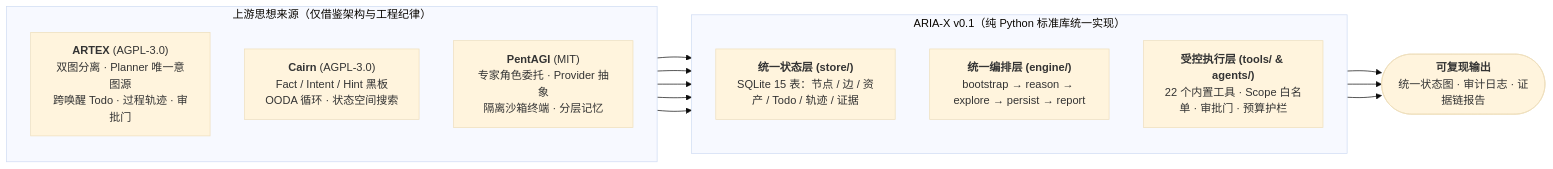
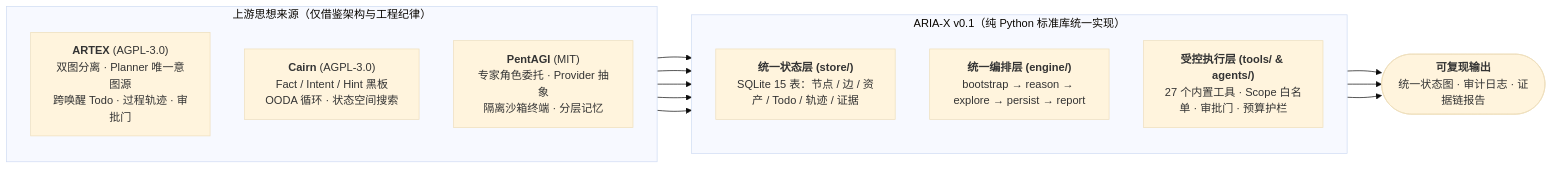
Before and after one commit to zqf20096327/ai_collect: the diagram in data/readmes/01NGVI-QINGYI__ARIA-X.md, drawn with Mermaid (base theme). The commit also changed other lines of this file and 3267 other files, not shown here.

````diff
--- a/data/readmes/01NGVI-QINGYI__ARIA-X.md
+++ b/data/readmes/01NGVI-QINGYI__ARIA-X.md
@@ -79,20 +53,20 @@
 ```mermaid
 flowchart LR
     subgraph UP["上游思想来源（仅借鉴架构与工程纪律）"]
         direction TB
         A["<b>ARTEX</b> (AGPL-3.0)<br/>双图分离 · Planner 唯一意图源<br/>跨唤醒 Todo · 过程轨迹 · 审批门"]
         C["<b>Cairn</b> (AGPL-3.0)<br/>Fact / Intent / Hint 黑板<br/>OODA 循环 · 状态空间搜索"]
         P["<b>PentAGI</b> (MIT)<br/>专家角色委托 · Provider 抽象<br/>隔离沙箱终端 · 分层记忆"]
     end
 
     subgraph CORE["ARIA-X v0.1（纯 Python 标准库统一实现）"]
         direction TB
         ST["<b>统一状态层 (store/)</b><br/>SQLite 15 表：节点 / 边 / 资产 / Todo / 轨迹 / 证据"]
         OR["<b>统一编排层 (engine/)</b><br/>bootstrap → reason → explore → persist → report"]
-        EX["<b>受控执行层 (tools/ & agents/)</b><br/>22 个内置工具 · Scope 白名单 · 审批门 · 预算护栏"]
+        EX["<b>受控执行层 (tools/ & agents/)</b><br/>27 个内置工具 · Scope 白名单 · 审批门 · 预算护栏"]
     end
 
     A & C --> ST & OR
     P --> EX
     ST & OR & EX --> OUT(["<b>可复现输出</b><br/>统一状态图 · 审计日志 · 证据链报告"])
 ```
````
